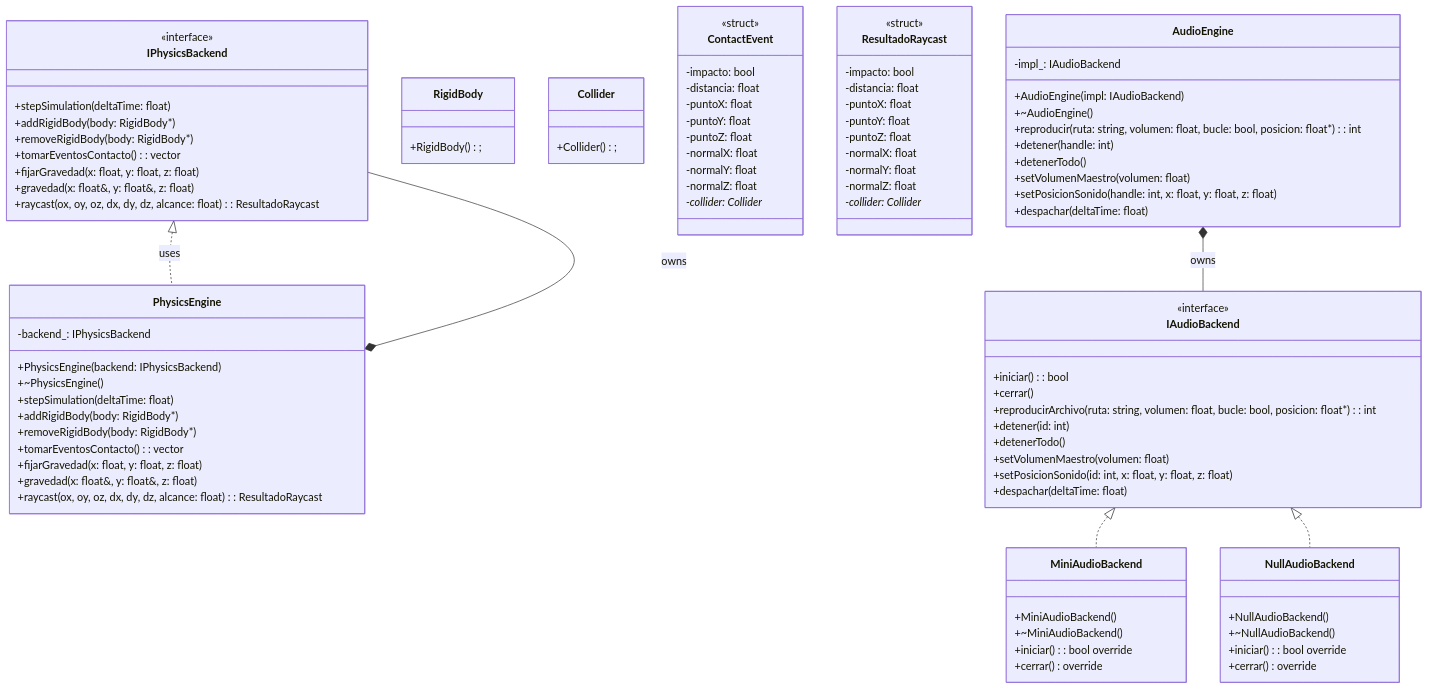
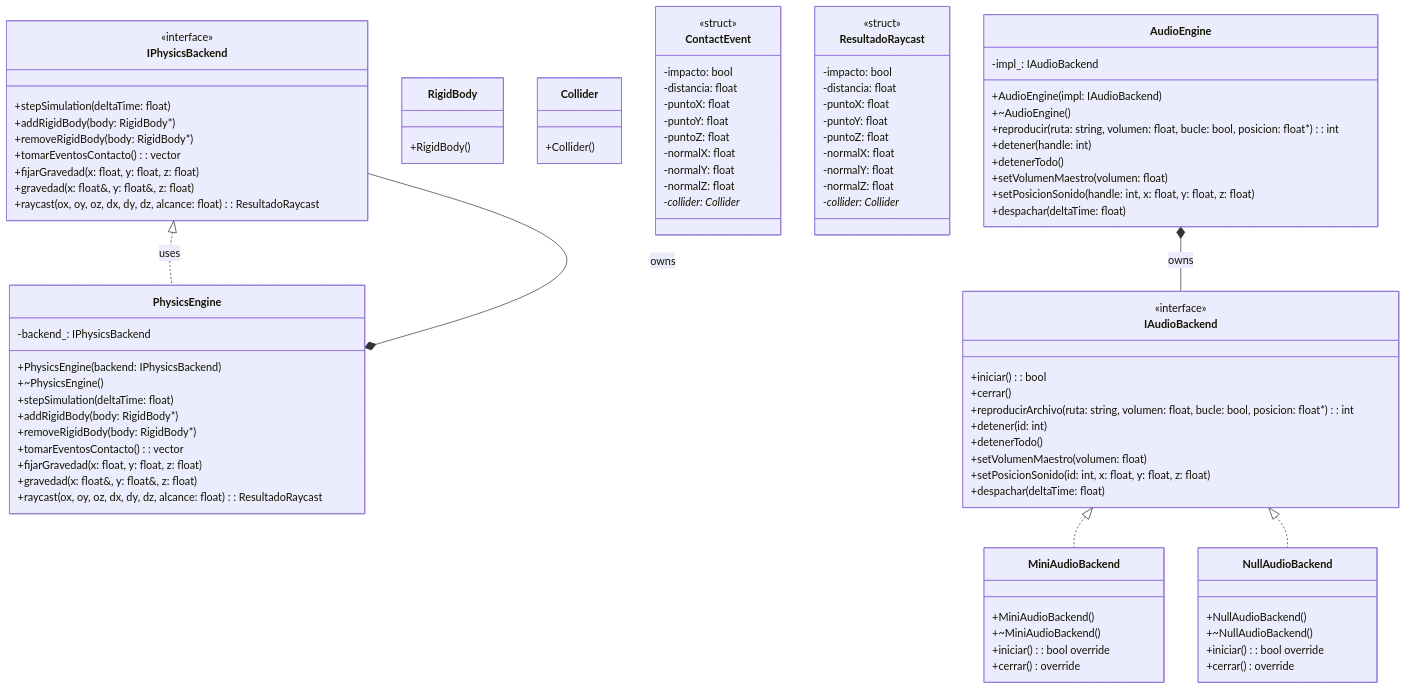
The fourth of 9 diagrams in doc/uml/DiagramaClases.es.md (FunshiEngine/FunshiEngineOpenGL), drawn with Mermaid before and after one commit. The commit also changed other lines of this file and 3 other files, not shown here.

First line of the commit message:
docs(uml): fix remaining mermaid parse errors and split inline members

```diff
--- a/doc/uml/DiagramaClases.es.md
+++ b/doc/uml/DiagramaClases.es.md
@@ -238,9 +238,14 @@
         +gravedad(x: float&, y: float&, z: float)
         +raycast(ox, oy, oz, dx, dy, dz, alcance: float): ResultadoRaycast
     }
-    class RigidBody { +RigidBody(); }
-    class Collider { +Collider(); }
-    class ContactEvent <<struct>> {
+    class RigidBody {
+        +RigidBody()
+    }
+    class Collider {
+        +Collider()
+    }
+    class ContactEvent {
+        <<struct>>
         -impacto: bool
         -distancia: float
         -puntoX: float
@@ -251,7 +256,8 @@
         -normalZ: float
         -collider: Collider*
     }
-    class ResultadoRaycast <<struct>> {
+    class ResultadoRaycast {
+        <<struct>>
         -impacto: bool
         -distancia: float
         -puntoX: float
```
